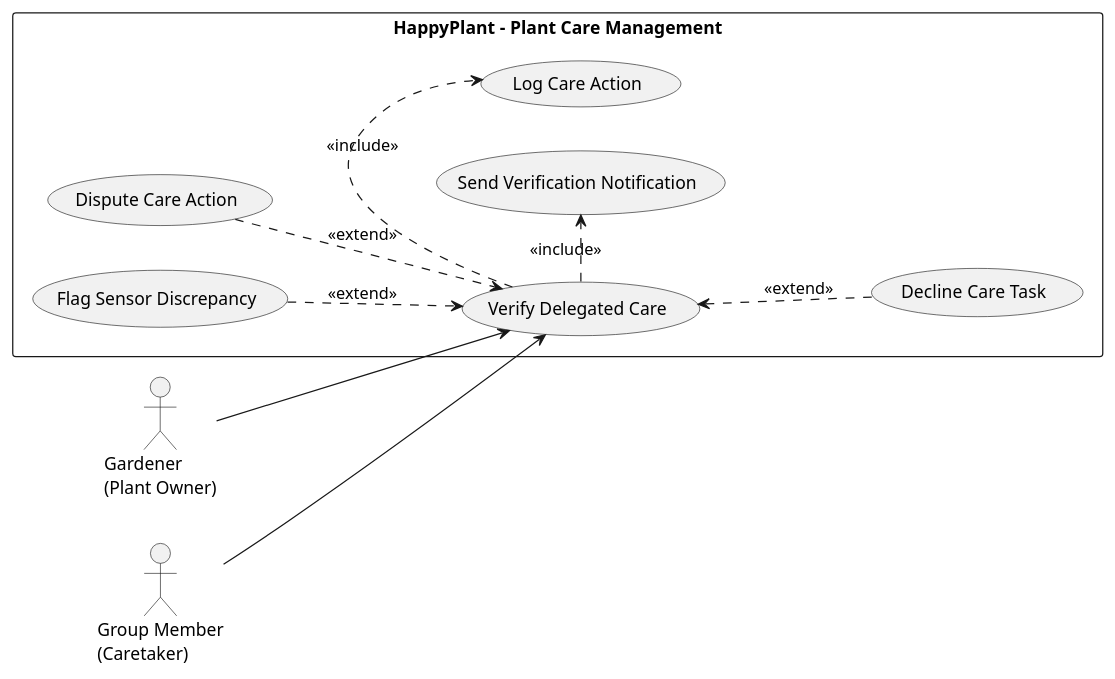
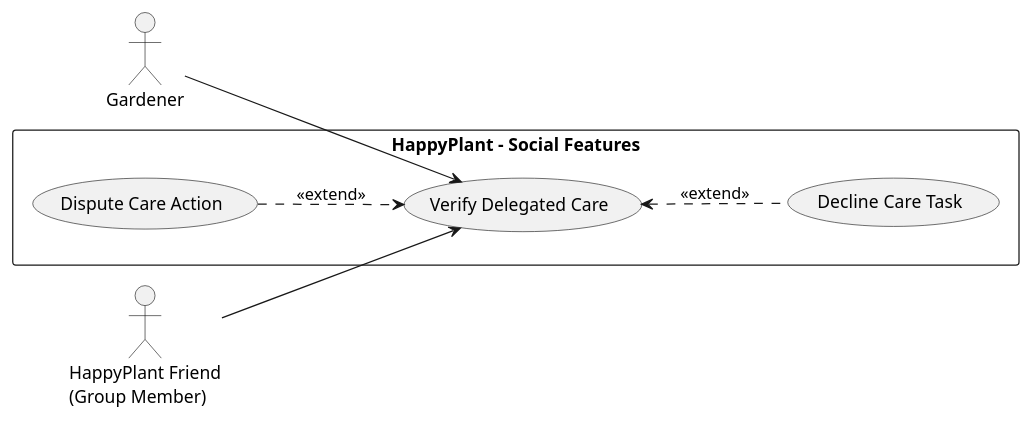
The diagram in docs/uml/use-case-006-uml.plantuml (jakub-mata/uvod-do-soft-eng), drawn with PlantUML before and after one commit. The commit also changed 7 other files, not shown here.

Commit message:
Simplify use case diagrams

```diff
--- a/docs/uml/use-case-006-uml.plantuml
+++ b/docs/uml/use-case-006-uml.plantuml
@@ -1,28 +1,20 @@
 @startuml
 left to right direction
-actor "Gardener\n(Plant Owner)" as AC_G
-actor "Group Member\n(Caretaker)" as AC_GM
+actor "Gardener" as AC_G
+actor "HappyPlant Friend\n(Group Member)" as AC_GM
 
-rectangle "HappyPlant - Plant Care Management" {
+rectangle "HappyPlant - Social Features" {
     usecase "Verify Delegated Care" as UC_VDC
-    usecase "Log Care Action" as UC_LCA
-    usecase "Send Verification Notification" as UC_SVN
     usecase "Decline Care Task" as UC_DCT
     usecase "Dispute Care Action" as UC_DCA
-    usecase "Flag Sensor Discrepancy" as UC_FSD
 }
-
-' Core inclusions for the verification process
-UC_VDC .r.> UC_LCA : <<include>>
-UC_VDC .r.> UC_SVN : <<include>>
 
 ' Alternative flows
 UC_DCT .u.> UC_VDC : <<extend>>
 UC_DCA .d.> UC_VDC : <<extend>>
-UC_FSD .d.> UC_VDC : <<extend>>
 
 ' The caretaker performs the care and the owner verifies
 AC_GM --> UC_VDC
 AC_G --> UC_VDC
 
 @enduml
```
